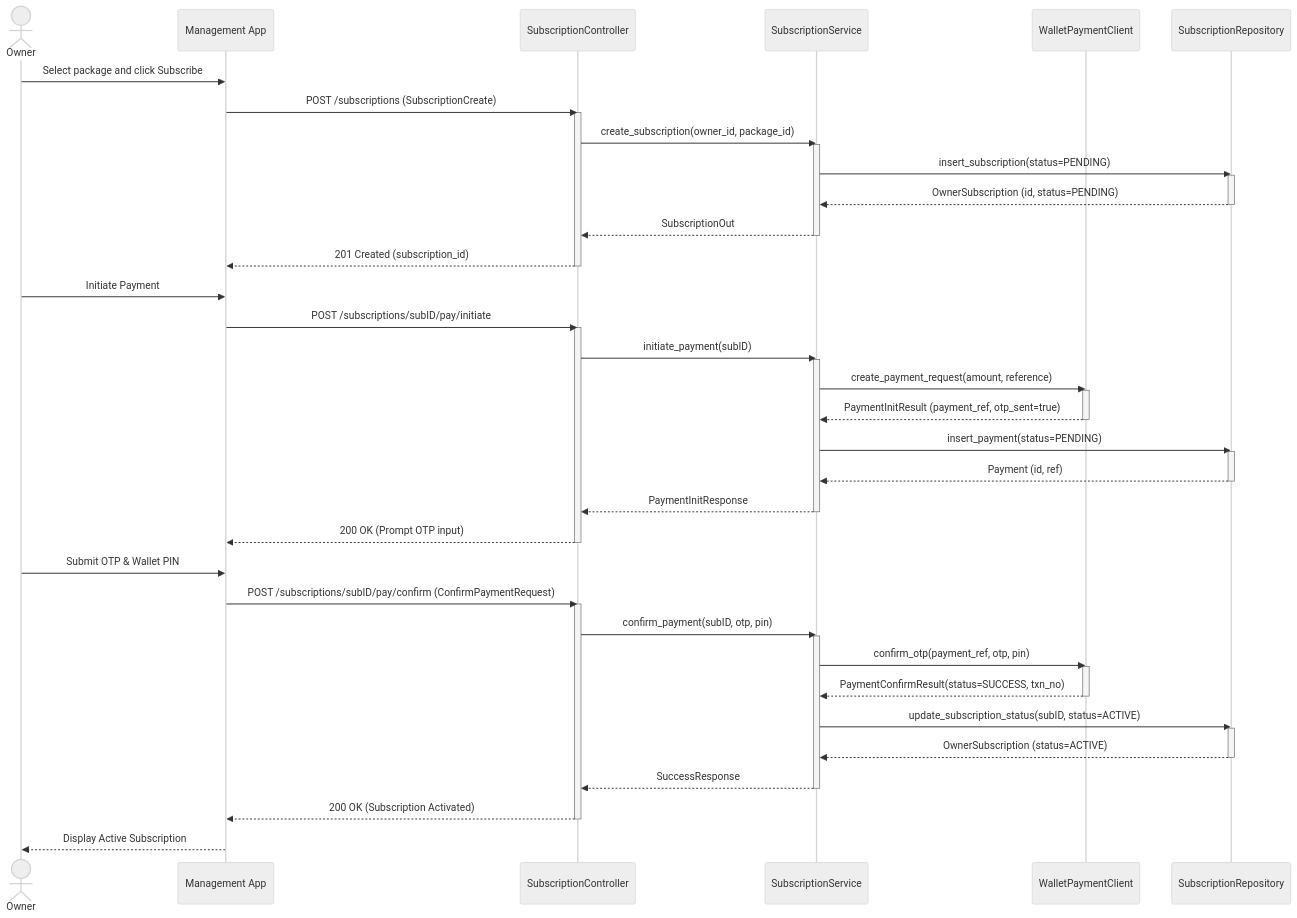
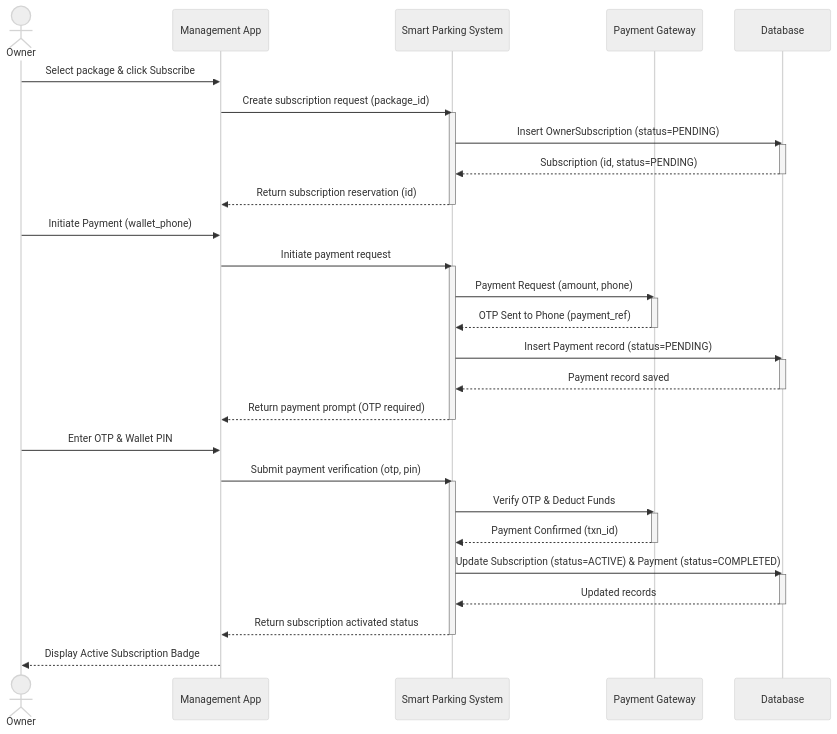
Before and after one commit to kxunsithu/smart-parking-lot-system: diagram 12 of 16 in docs/Smart_Parking_Lot_System_Documentation.md, drawn with Mermaid (neutral theme). The commit also changed other lines of this file, not shown here.

````diff
--- a/docs/Smart_Parking_Lot_System_Documentation.md
+++ b/docs/Smart_Parking_Lot_System_Documentation.md
@@ -1201,60 +1155,47 @@
 ```mermaid
 sequenceDiagram
     actor Owner
     participant UI as Management App
-    participant API as SubscriptionController
-    participant Service as SubscriptionService
-    participant Wallet as WalletPaymentClient
-    participant DB as SubscriptionRepository
+    participant System as Smart Parking System
+    participant Wallet as Payment Gateway
+    participant DB as Database
 
-    Owner->>UI: Select package and click Subscribe
-    UI->>API: POST /subscriptions (SubscriptionCreate)
-    activate API
-    API->>Service: create_subscription(owner_id, package_id)
-    activate Service
-    Service->>DB: insert_subscription(status=PENDING)
+    Owner->>UI: Select package & click Subscribe
+    UI->>System: Create subscription request (package_id)
+    activate System
+    System->>DB: Insert OwnerSubscription (status=PENDING)
     activate DB
-    DB-->>Service: OwnerSubscription (id, status=PENDING)
+    DB-->>System: Subscription (id, status=PENDING)
     deactivate DB
-    Service-->>API: SubscriptionOut
-    deactivate Service
-    API-->>UI: 201 Created (subscription_id)
-    deactivate API
+    System-->>UI: Return subscription reservation (id)
+    deactivate System
 
-    Owner->>UI: Initiate Payment
-    UI->>API: POST /subscriptions/subID/pay/initiate
-    activate API
-    API->>Service: initiate_payment(subID)
-    activate Service
-    Service->>Wallet: create_payment_request(amount, reference)
+    Owner->>UI: Initiate Payment (wallet_phone)
+    UI->>System: Initiate payment request
+    activate System
+    System->>Wallet: Payment Request (amount, phone)
     activate Wallet
-    Wallet-->>Service: PaymentInitResult (payment_ref, otp_sent=true)
+    Wallet-->>System: OTP Sent to Phone (payment_ref)
     deactivate Wallet
-    Service->>DB: insert_payment(status=PENDING)
+    System->>DB: Insert Payment record (status=PENDING)
     activate DB
-    DB-->>Service: Payment (id, ref)
+    DB-->>System: Payment record saved
     deactivate DB
-    Service-->>API: PaymentInitResponse
-    deactivate Service
-    API-->>UI: 200 OK (Prompt OTP input)
-    deactivate API
+    System-->>UI: Return payment prompt (OTP required)
+    deactivate System
 
-    Owner->>UI: Submit OTP & Wallet PIN
-    UI->>API: POST /subscriptions/subID/pay/confirm (ConfirmPaymentRequest)
-    activate API
-    API->>Service: confirm_payment(subID, otp, pin)
-    activate Service
-    Service->>Wallet: confirm_otp(payment_ref, otp, pin)
+    Owner->>UI: Enter OTP & Wallet PIN
+    UI->>System: Submit payment verification (otp, pin)
+    activate System
+    System->>Wallet: Verify OTP & Deduct Funds
     activate Wallet
-    Wallet-->>Service: PaymentConfirmResult(status=SUCCESS, txn_no)
+    Wallet-->>System: Payment Confirmed (txn_id)
     deactivate Wallet
-    Service->>DB: update_subscription_status(subID, status=ACTIVE)
+    System->>DB: Update Subscription (status=ACTIVE) & Payment (status=COMPLETED)
     activate DB
-    DB-->>Service: OwnerSubscription (status=ACTIVE)
+    DB-->>System: Updated records
     deactivate DB
-    Service-->>API: SuccessResponse
-    deactivate Service
-    API-->>UI: 200 OK (Subscription Activated)
-    deactivate API
-    UI-->>Owner: Display Active Subscription
+    System-->>UI: Return subscription activated status
+    deactivate System
+    UI-->>Owner: Display Active Subscription Badge
 ```
````
